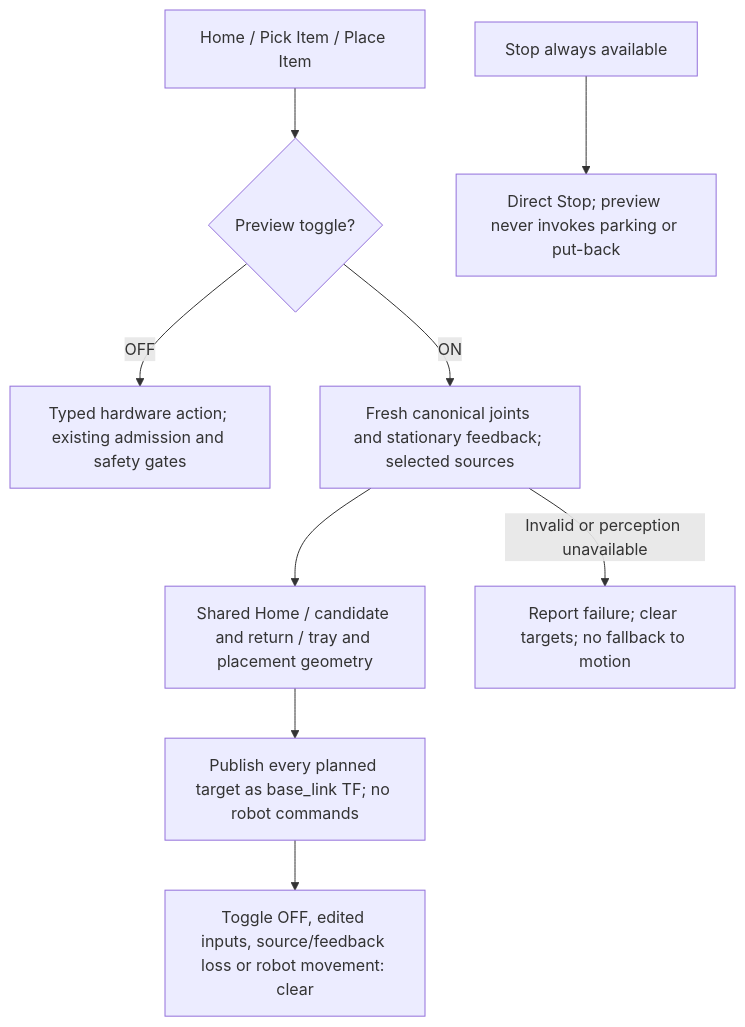
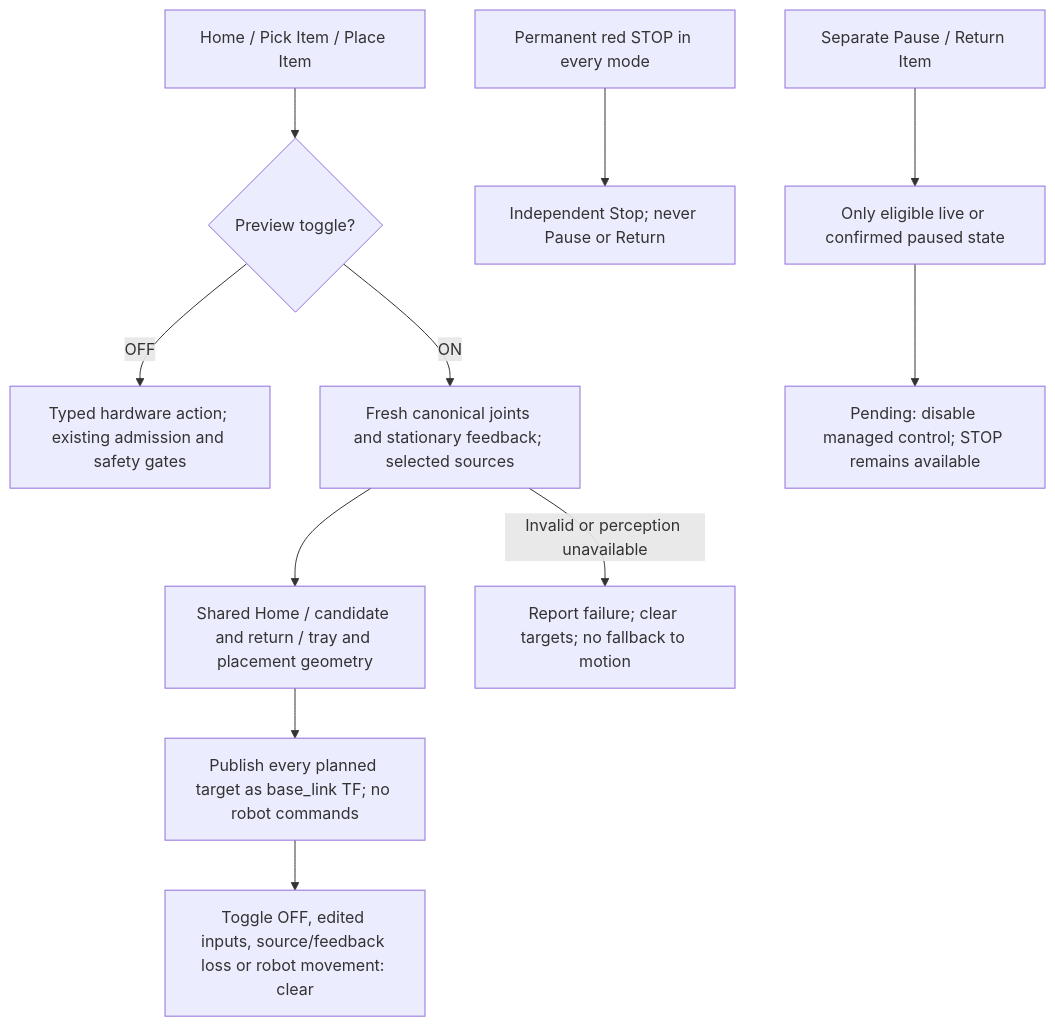
One commit to esgange/dobot_picknplace_yolo changed the first of 8 diagrams in docs/ROBOT_CONTROLLER_FSM.md. Above: the diagram before and after it, drawn with Mermaid. The commit also changed other lines of this file and 23 other files, not shown here.

Commit message:
Clarify controller states and separate permanent Stop

````diff
--- a/docs/ROBOT_CONTROLLER_FSM.md
+++ b/docs/ROBOT_CONTROLLER_FSM.md
@@ -151,11 +212,13 @@
 ```mermaid
 flowchart TD
     Buttons["Home / Pick Item / Place Item"] --> Mode{"Preview toggle?"}
     Mode -->|OFF| Action["Typed hardware action; existing admission and safety gates"]
     Mode -->|ON| Inputs["Fresh canonical joints and stationary feedback; selected sources"]
     Inputs --> Plan["Shared Home / candidate and return / tray and placement geometry"]
     Plan --> TF["Publish every planned target as base_link TF; no robot commands"]
     TF --> Clear["Toggle OFF, edited inputs, source/feedback loss or robot movement: clear"]
     Inputs -->|Invalid or perception unavailable| Failed["Report failure; clear targets; no fallback to motion"]
-    Stop["Stop always available"] --> Direct["Direct Stop; preview never invokes parking or put-back"]
+    Stop["Permanent red STOP in every mode"] --> Direct["Independent Stop; never Pause or Return"]
+    Managed["Separate Pause / Return Item"] --> Guard["Only eligible live or confirmed paused state"]
+    Guard --> Pending["Pending: disable managed control; STOP remains available"]
 ```
````
